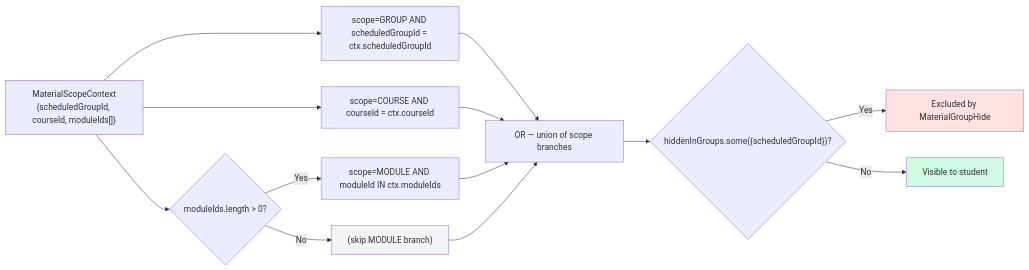
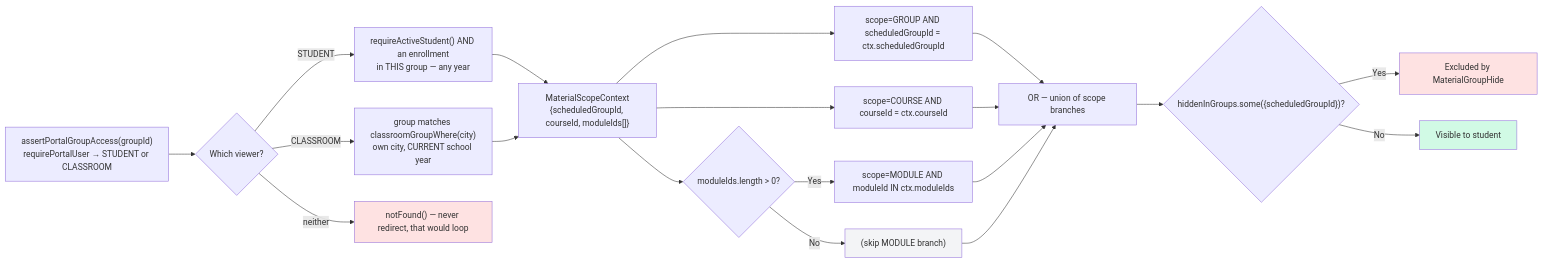
The third of 4 diagrams in docs/diagrams/material-scope.md (jpucic00/inovatic), drawn with Mermaid before and after one commit. The commit also changed other lines of this file and 13 other files, not shown here.

````diff
--- a/docs/diagrams/material-scope.md
+++ b/docs/diagrams/material-scope.md
@@ -73,22 +75,30 @@
 ```mermaid
 flowchart LR
+    V["assertPortalGroupAccess(groupId)<br/>requirePortalUser → STUDENT or CLASSROOM"] --> VW{Which viewer?}
+    VW -->|STUDENT| VS["requireActiveStudent() AND an enrollment<br/>in THIS group — any year"]
+    VW -->|CLASSROOM| VC["group matches classroomGroupWhere(city)<br/>own city, CURRENT school year"]
+    VW -->|neither| VN["notFound() — never redirect, that would loop"]
+    VS --> CTX
+    VC --> CTX
+
     CTX["MaterialScopeContext<br/>{scheduledGroupId, courseId, moduleIds[]}"]
     CTX --> B1["scope=GROUP AND scheduledGroupId = ctx.scheduledGroupId"]
     CTX --> B3["scope=COURSE AND courseId = ctx.courseId"]
     CTX --> Q1{"moduleIds.length > 0?"}
     Q1 -->|Yes| B2["scope=MODULE AND moduleId IN ctx.moduleIds"]
     Q1 -->|No| SK1["(skip MODULE branch)"]
 
     B1 --> UNION["OR — union of scope branches"]
     B2 --> UNION
     B3 --> UNION
     SK1 --> UNION
 
     UNION --> HIDE{"hiddenInGroups.some({scheduledGroupId})?"}
     HIDE -->|Yes| HIDDEN["Excluded by MaterialGroupHide"]
     HIDE -->|No| VISIBLE["Visible to student"]
 
     style VISIBLE fill:#d1fae5
     style HIDDEN fill:#fee2e2
     style SK1 fill:#f3f4f6
+    style VN fill:#fee2e2
 ```
````
